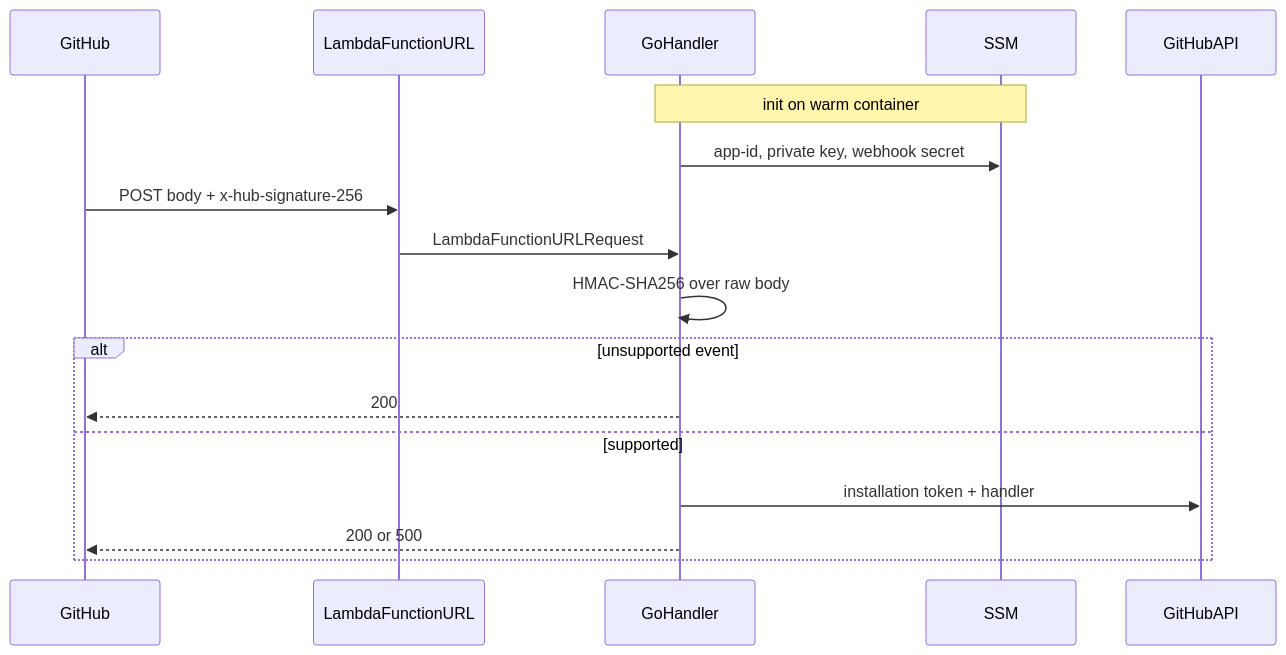
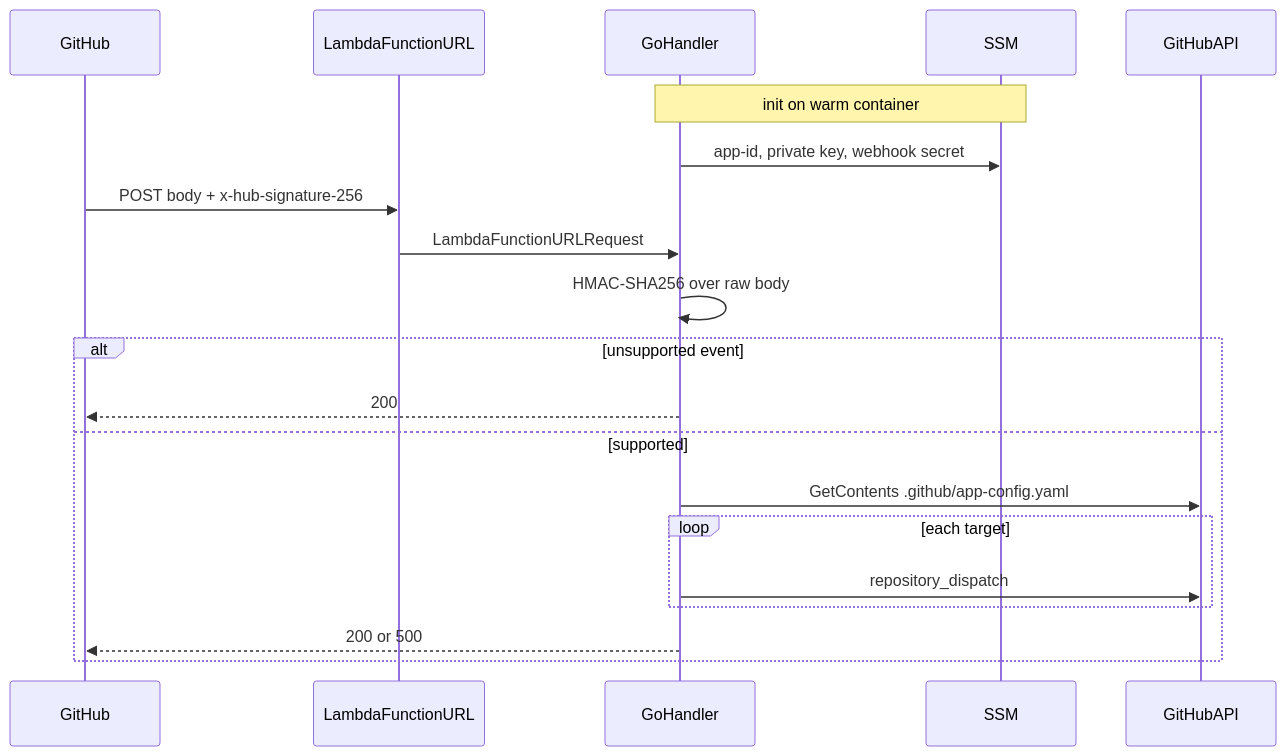
Before and after one commit to salsiy/bohobot: the second of 2 diagrams in content/posts/tech-logs/serverless-github-apps-aws-reference-architecture.md, drawn with Mermaid. The commit also changed other lines of this file, not shown here.

Commit message:
fix: mermaid- diagram- serverless app

```diff
--- a/content/posts/tech-logs/serverless-github-apps-aws-reference-architecture.md
+++ b/content/posts/tech-logs/serverless-github-apps-aws-reference-architecture.md
@@ -61,21 +61,24 @@
 {{< mermaid >}}
 sequenceDiagram
     participant GH as GitHub
     participant URL as LambdaFunctionURL
     participant L as GoHandler
     participant SSM as SSM
     participant API as GitHubAPI
 
     Note over L,SSM: init on warm container
     L->>SSM: app-id, private key, webhook secret
 
     GH->>URL: POST body + x-hub-signature-256
     URL->>L: LambdaFunctionURLRequest
     L->>L: HMAC-SHA256 over raw body
     alt unsupported event
         L-->>GH: 200
     else supported
-        L->>API: installation token + handler
+        L->>API: GetContents .github/app-config.yaml
+        loop each target
+            L->>API: repository_dispatch
+        end
         L-->>GH: 200 or 500
     end
 {{< /mermaid >}}
```
